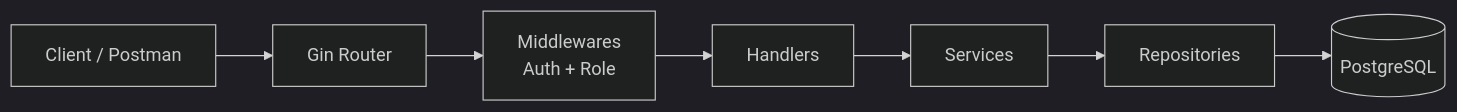
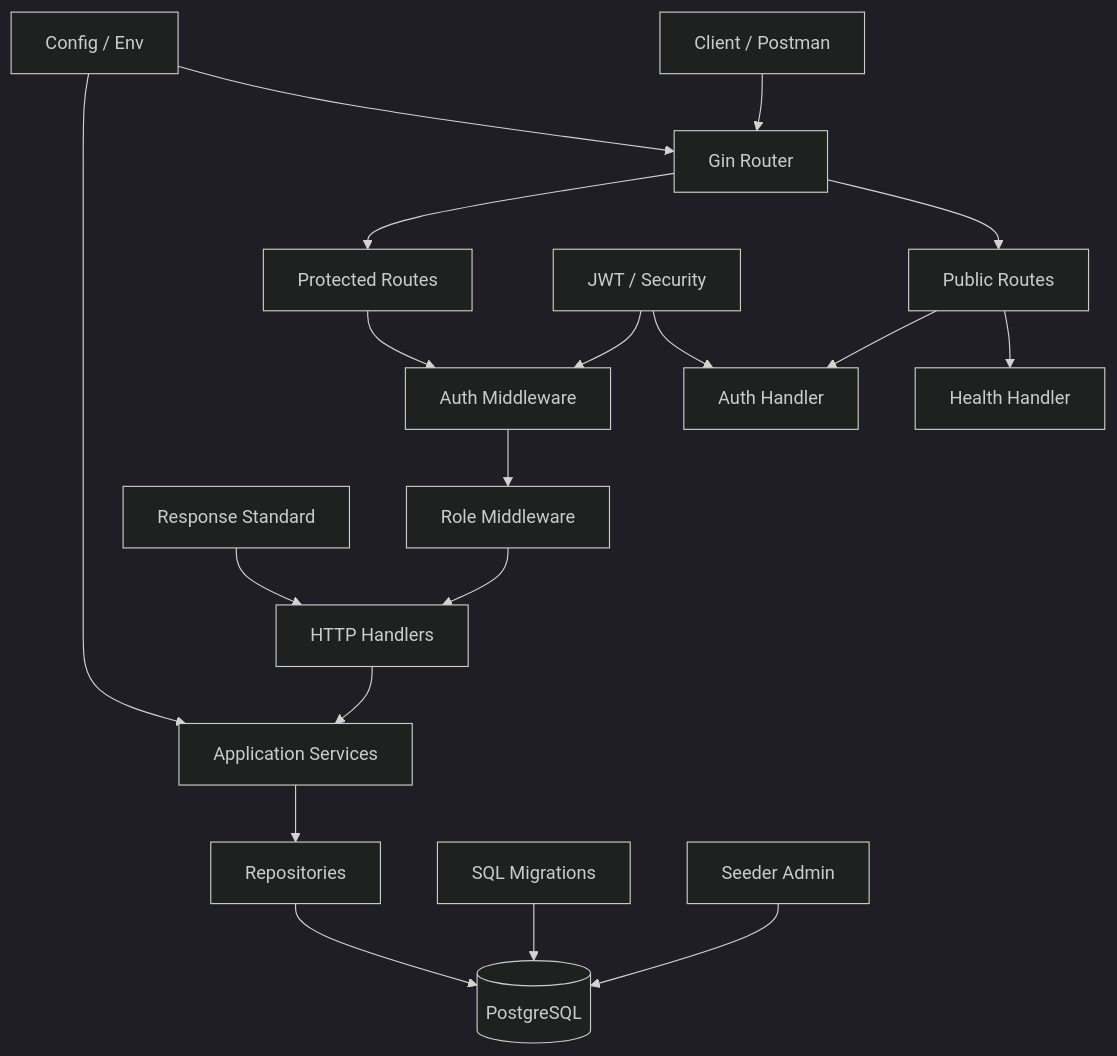
One commit to jadcve/task-api-go-ionix changed the diagram in docs/diagrams/architecture.mmd. Above: the diagram before and after it, drawn with Mermaid (dark theme).

Commit message:
docs: Enhance architectural diagram with granular detail
This update provides a more comprehensive view of the application's structure. It now distinguishes between public and protected routes, details the middleware stack, and explicitly includes external components like configuration, security, and database tooling.

```diff
--- a/docs/diagrams/architecture.mmd
+++ b/docs/diagrams/architecture.mmd
@@ -1,7 +1,24 @@
-flowchart LR
-    A[Client / Postman] --> B[Gin Router]
-    B --> C[Middlewares\nAuth + Role]
-    C --> D[Handlers]
-    D --> E[Services]
-    E --> F[Repositories]
-    F --> G[(PostgreSQL)]
+flowchart TD
+    Client[Client / Postman] --> Router[Gin Router]
+
+    Router --> Public[Public Routes]
+    Router --> Protected[Protected Routes]
+
+    Public --> Health[Health Handler]
+    Public --> Auth[Auth Handler]
+
+    Protected --> AuthMiddleware[Auth Middleware]
+    AuthMiddleware --> RoleMiddleware[Role Middleware]
+    RoleMiddleware --> Handlers[HTTP Handlers]
+
+    Handlers --> Services[Application Services]
+    Services --> Repositories[Repositories]
+    Repositories --> DB[(PostgreSQL)]
+
+    Config[Config / Env] --> Router
+    Config --> Services
+    Security[JWT / Security] --> Auth
+    Security --> AuthMiddleware
+    Response[Response Standard] --> Handlers
+    Migrations[SQL Migrations] --> DB
+    Seeder[Seeder Admin] --> DB
```
